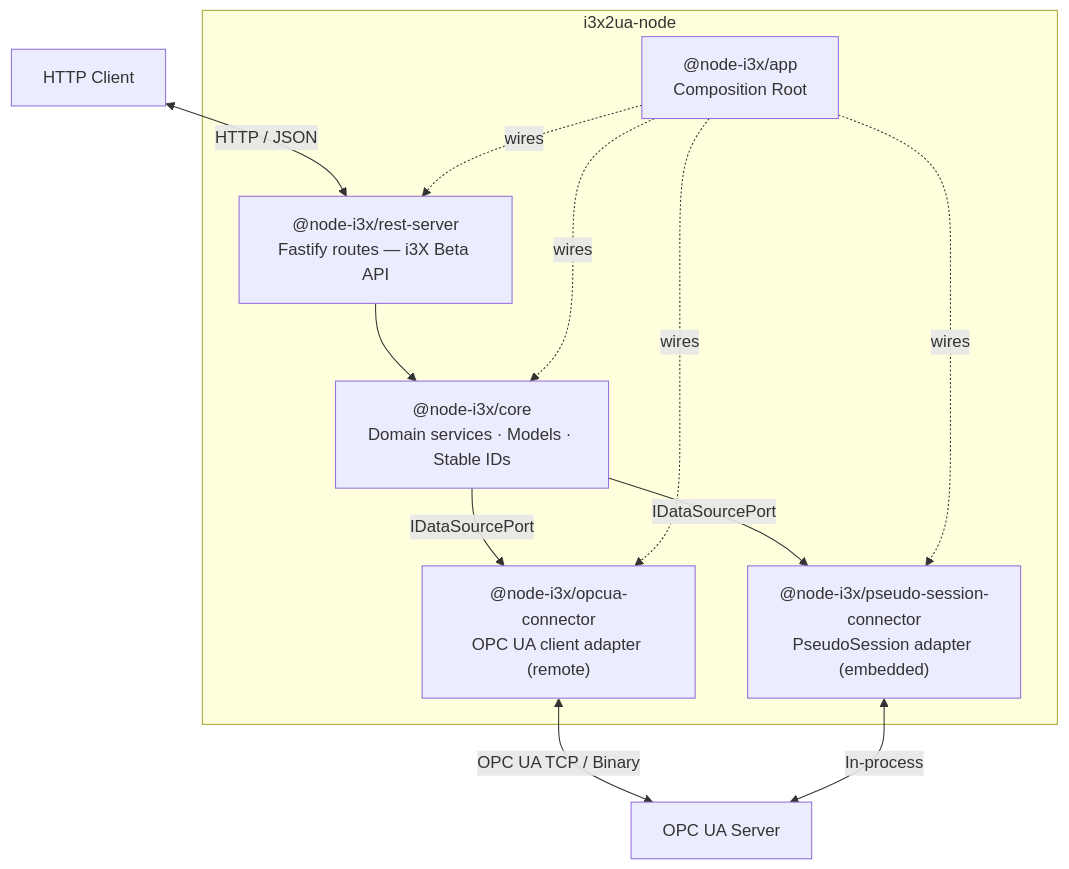
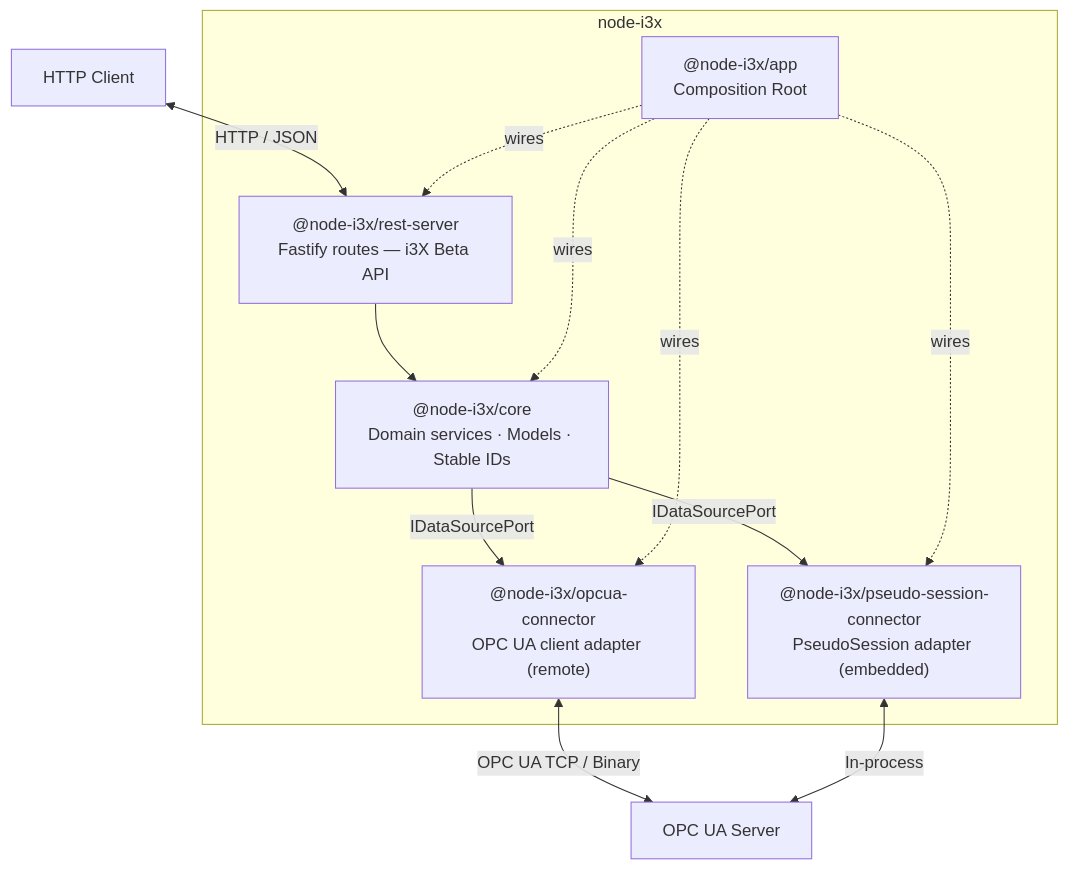
Before and after one commit to node-opcua/i3x2ua-node: the diagram in README.md, drawn with Mermaid. The commit also changed other lines of this file and 26 other files, not shown here.

````diff
--- a/README.md
+++ b/README.md
@@ -37,25 +37,25 @@
 ```mermaid
 graph TB
     Client["HTTP Client"]
 
-    subgraph i3x2ua-node
+    subgraph node-i3x
         REST["@node-i3x/rest-server<br/>Fastify routes — i3X Beta API"]
         Core["@node-i3x/core<br/>Domain services · Models · Stable IDs"]
         OPC["@node-i3x/opcua-connector<br/>OPC UA client adapter (remote)"]
         Pseudo["@node-i3x/pseudo-session-connector<br/>PseudoSession adapter (embedded)"]
         App["@node-i3x/app<br/>Composition Root"]
     end
 
     OPCUA["OPC UA Server"]
 
     Client <-->|HTTP / JSON| REST
     REST --> Core
     Core -->|IDataSourcePort| OPC
     Core -->|IDataSourcePort| Pseudo
     OPC <-->|OPC UA TCP / Binary| OPCUA
     Pseudo <-->|In-process| OPCUA
     App -.->|wires| REST
     App -.->|wires| Core
     App -.->|wires| OPC
     App -.->|wires| Pseudo
 ```
````
